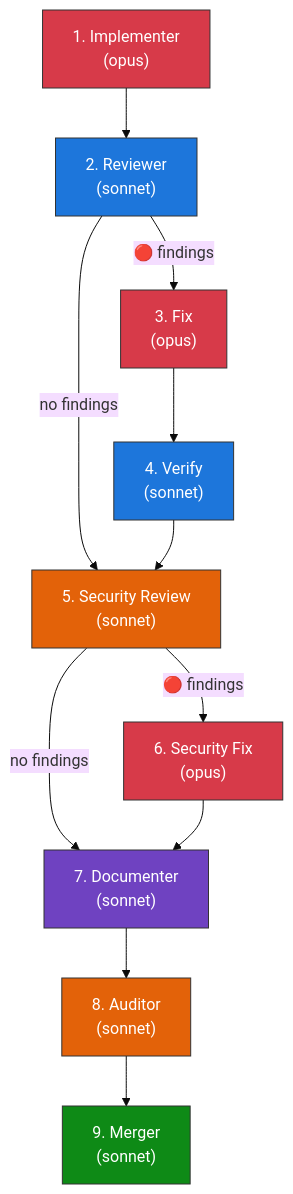
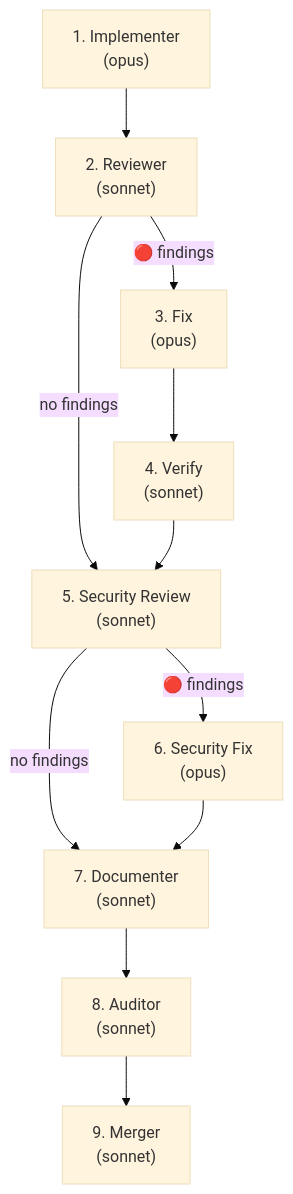
The second of 5 diagrams in README.md (clayharmon/ocak), drawn with Mermaid (base theme) before and after one commit. The commit also changed other lines of this file, not shown here.

First line of the commit message:
fix: use <br> for mermaid line breaks, remove custom colors

````diff
--- a/README.md
+++ b/README.md
@@ -47,23 +40,13 @@
 ```mermaid
 flowchart TD
-    IMP["1. Implementer\n(opus)"] --> REV["2. Reviewer\n(sonnet)"]
-    REV -->|"🔴 findings"| FIX1["3. Fix\n(opus)"]
+    IMP["1. Implementer<br>(opus)"] --> REV["2. Reviewer<br>(sonnet)"]
+    REV -->|"🔴 findings"| FIX1["3. Fix<br>(opus)"]
     REV -->|"no findings"| SEC
-    FIX1 --> VER["4. Verify\n(sonnet)"]
-    VER --> SEC["5. Security Review\n(sonnet)"]
-    SEC -->|"🔴 findings"| FIX2["6. Security Fix\n(opus)"]
+    FIX1 --> VER["4. Verify<br>(sonnet)"]
+    VER --> SEC["5. Security Review<br>(sonnet)"]
+    SEC -->|"🔴 findings"| FIX2["6. Security Fix<br>(opus)"]
     SEC -->|"no findings"| DOC
-    FIX2 --> DOC["7. Documenter\n(sonnet)"]
-    DOC --> AUD["8. Auditor\n(sonnet)"]
-    AUD --> MRG["9. Merger\n(sonnet)"]
-
-    style IMP fill:#d73a49,stroke:#333,color:#fff
-    style REV fill:#1d76db,stroke:#333,color:#fff
-    style FIX1 fill:#d73a49,stroke:#333,color:#fff
-    style VER fill:#1d76db,stroke:#333,color:#fff
-    style SEC fill:#e36209,stroke:#333,color:#fff
-    style FIX2 fill:#d73a49,stroke:#333,color:#fff
-    style DOC fill:#6f42c1,stroke:#333,color:#fff
-    style AUD fill:#e36209,stroke:#333,color:#fff
-    style MRG fill:#0e8a16,stroke:#333,color:#fff
+    FIX2 --> DOC["7. Documenter<br>(sonnet)"]
+    DOC --> AUD["8. Auditor<br>(sonnet)"]
+    AUD --> MRG["9. Merger<br>(sonnet)"]
 ```
````
